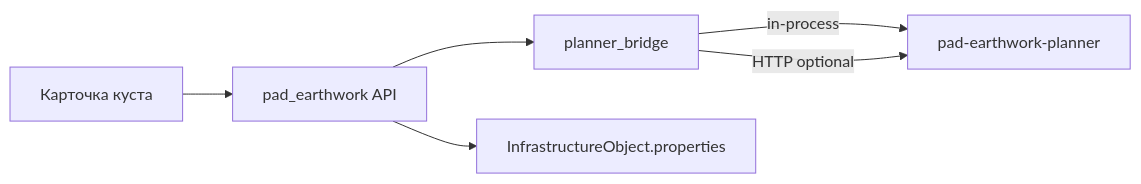
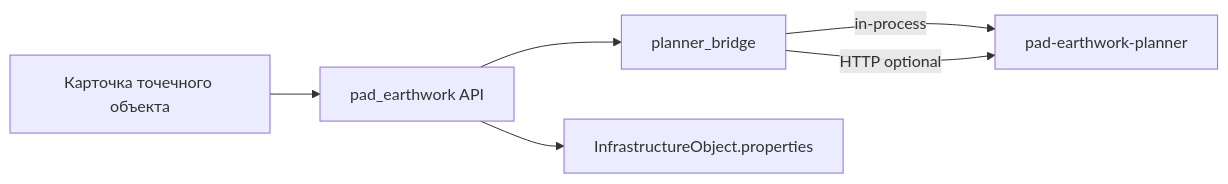
One commit to Mekcuka/Scaning changed the diagram in docs/features/pad-earthwork.md. Above: the diagram before and after it, drawn with Mermaid. The commit also changed other lines of this file and 162 other files, not shown here.

````diff
--- a/docs/features/pad-earthwork.md
+++ b/docs/features/pad-earthwork.md
@@ -7,8 +9,8 @@
 ```mermaid
 flowchart LR
-  UI[Карточка куста] --> BFF[pad_earthwork API]
+  UI[Карточка точечного объекта] --> BFF[pad_earthwork API]
   BFF --> Bridge[planner_bridge]
   Bridge -->|in-process| Planner[pad-earthwork-planner]
   Bridge -->|HTTP optional| Planner
   BFF --> Props[InfrastructureObject.properties]
 ```
````
